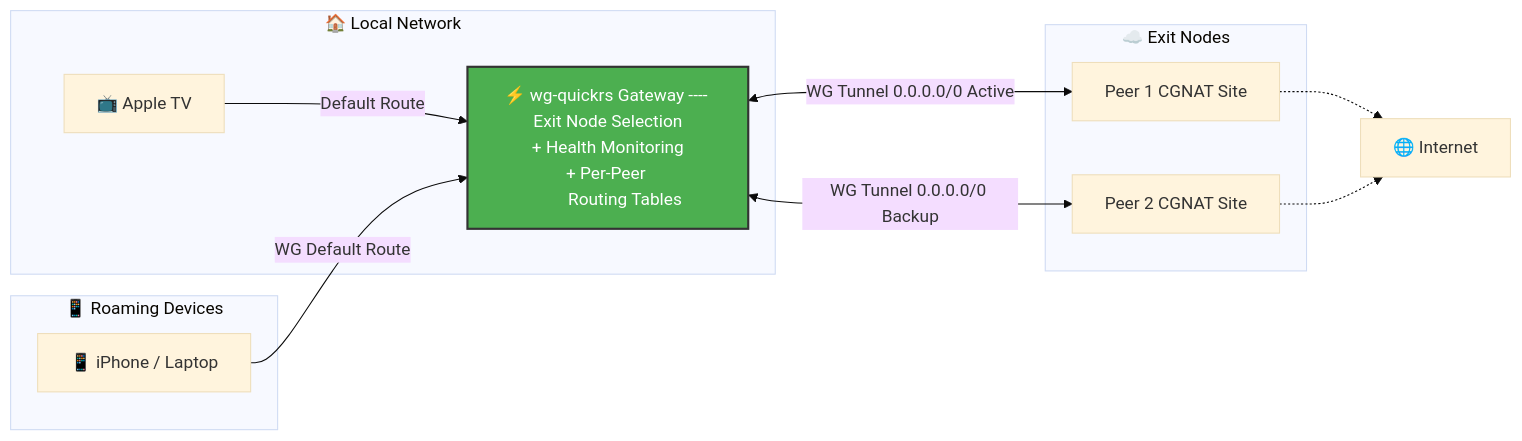
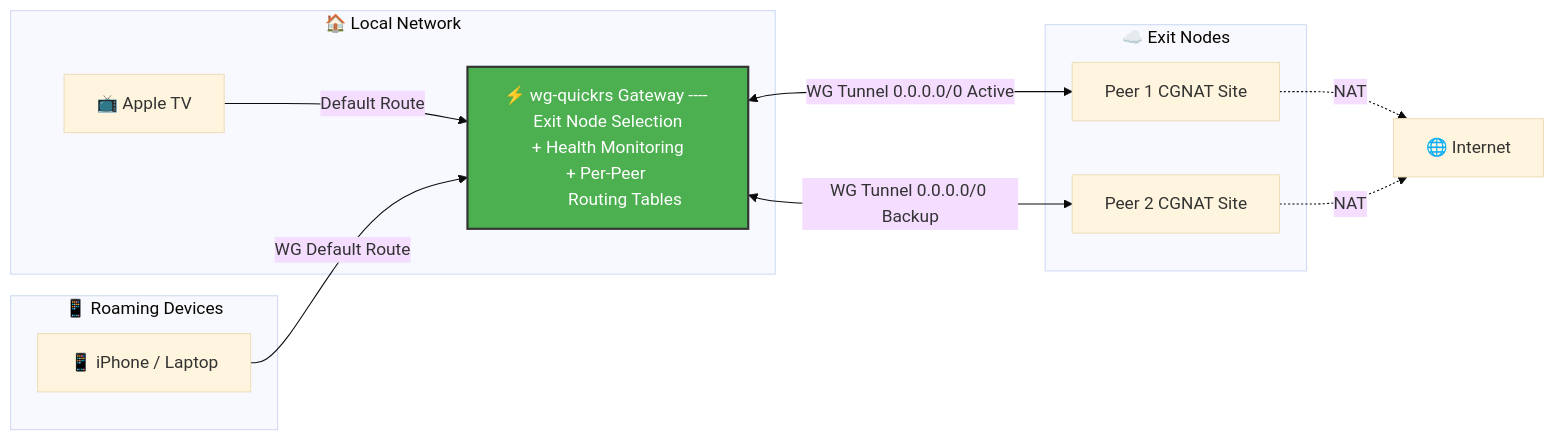
Before and after one commit to grizzy255/wg-quickrs-router: the diagram in README.md, drawn with Mermaid (base theme).

Commit message:
fix: Remove HTML tags from mermaid diagram for GitHub compatibility

````diff
--- a/README.md
+++ b/README.md
@@ -35,30 +35,30 @@
 ```mermaid
 flowchart LR
     subgraph LAN ["🏠 Local Network"]
         ATV["📺 Apple TV"]
         Gateway["⚡ wg-quickrs Gateway ---- Exit Node Selection\n+ Health Monitoring\n+ Per-Peer 
         Routing Tables"]
     end
 
     subgraph Roaming ["📱 Roaming Devices"]
         iPhone["📱 iPhone / Laptop"]
     end
 
     subgraph Remote ["☁️ Exit Nodes"]
         Remote1["Peer 1 CGNAT Site"]
         Remote2["Peer 2 CGNAT Site"]
     end
 
     World["🌐 Internet"]
 
     ATV -->|Default Route| Gateway
     iPhone -->|WG Default Route| Gateway
     
     Gateway <-->|WG Tunnel 0.0.0.0/0 Active| Remote1
     Gateway <-->|WG Tunnel 0.0.0.0/0 Backup| Remote2
     
-    Remote1 -.-> World
-    Remote2 -.-> World
+    Remote1 -.->|NAT| World
+    Remote2 -.->|NAT| World
 
     style Gateway fill:#4CAF50,stroke:#333,stroke-width:2px,color:#fff
 ```
````
